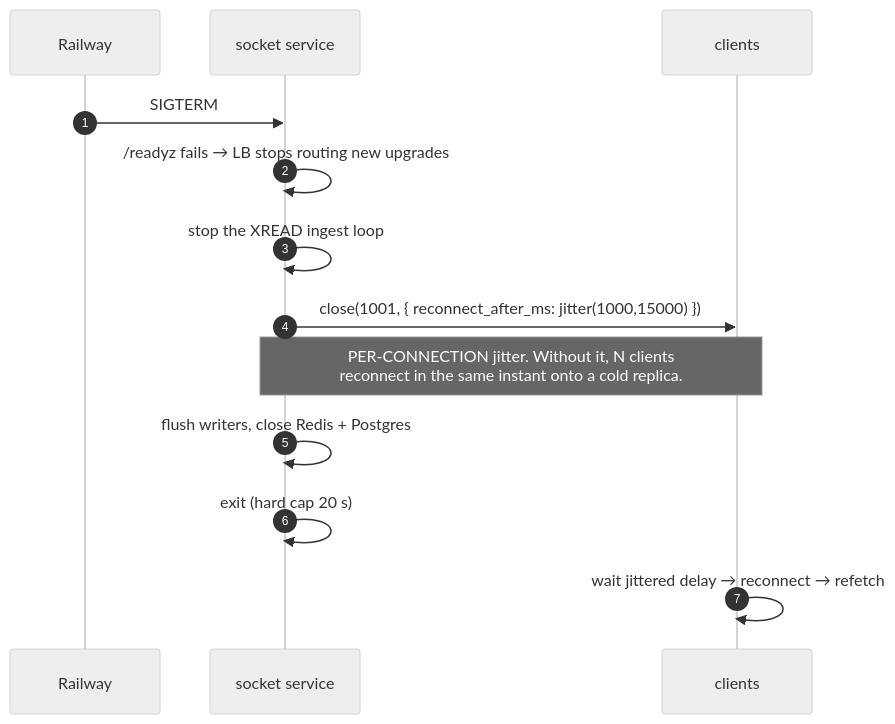
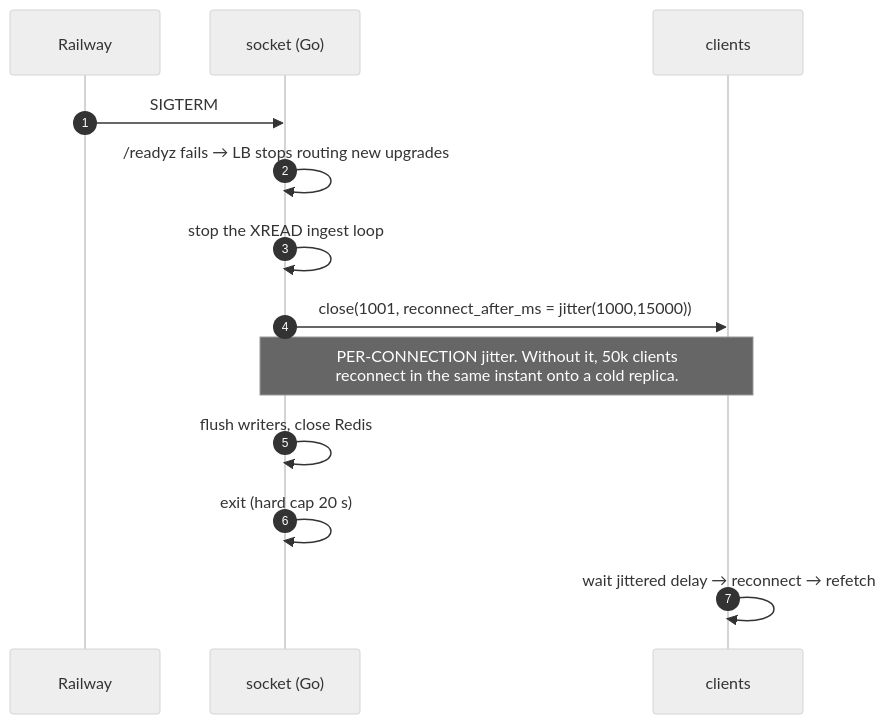
Before and after one commit to nikunjmavani/core-be: the sixth of 6 diagrams in docs/reference/architecture/realtime-in-core-be-plan.md, drawn with Mermaid (neutral theme). The commit also changed other lines of this file, not shown here.

First line of the commit message:
docs: rework the plan for a Go socket service inside the core-be repo

````diff
--- a/docs/reference/architecture/realtime-in-core-be-plan.md
+++ b/docs/reference/architecture/realtime-in-core-be-plan.md
@@ -853,16 +1020,16 @@
 ```mermaid
 sequenceDiagram
   autonumber
   participant K as Railway
-  participant SK as socket service
+  participant SK as socket (Go)
   participant FE as clients
 
   K->>SK: SIGTERM
   SK->>SK: /readyz fails → LB stops routing new upgrades
   SK->>SK: stop the XREAD ingest loop
-  SK->>FE: close(1001, { reconnect_after_ms: jitter(1000,15000) })
-  Note over SK,FE: PER-CONNECTION jitter. Without it, N clients<br/>reconnect in the same instant onto a cold replica.
-  SK->>SK: flush writers, close Redis + Postgres
+  SK->>FE: close(1001, reconnect_after_ms = jitter(1000,15000))
+  Note over SK,FE: PER-CONNECTION jitter. Without it, 50k clients<br/>reconnect in the same instant onto a cold replica.
+  SK->>SK: flush writers, close Redis
   SK->>SK: exit (hard cap 20 s)
   FE->>FE: wait jittered delay → reconnect → refetch
 ```
````
